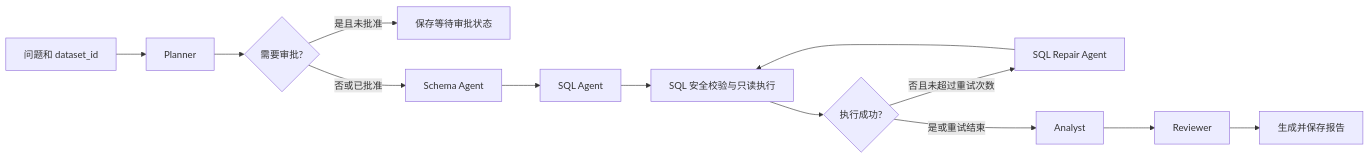
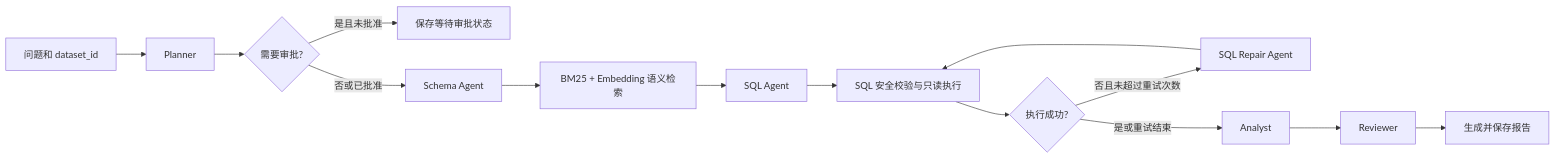
One commit to YYHhao/DataPilot-Agent changed the diagram in README.md. Above: the diagram before and after it, drawn with Mermaid. The commit also changed other lines of this file and 22 other files, not shown here.

````diff
--- a/README.md
+++ b/README.md
@@ -23,15 +27,16 @@
 ```mermaid
 flowchart LR
     U[问题和 dataset_id] --> P[Planner]
     P --> G{需要审批?}
     G -->|是且未批准| S[保存等待审批状态]
     G -->|否或已批准| C[Schema Agent]
-    C --> Q[SQL Agent]
+    C --> K[BM25 + Embedding 语义检索]
+    K --> Q[SQL Agent]
     Q --> V[SQL 安全校验与只读执行]
     V --> E{执行成功?}
     E -->|否且未超过重试次数| F[SQL Repair Agent]
     F --> V
     E -->|是或重试结束| A[Analyst]
     A --> R[Reviewer]
     R --> O[生成并保存报告]
 ```
````
